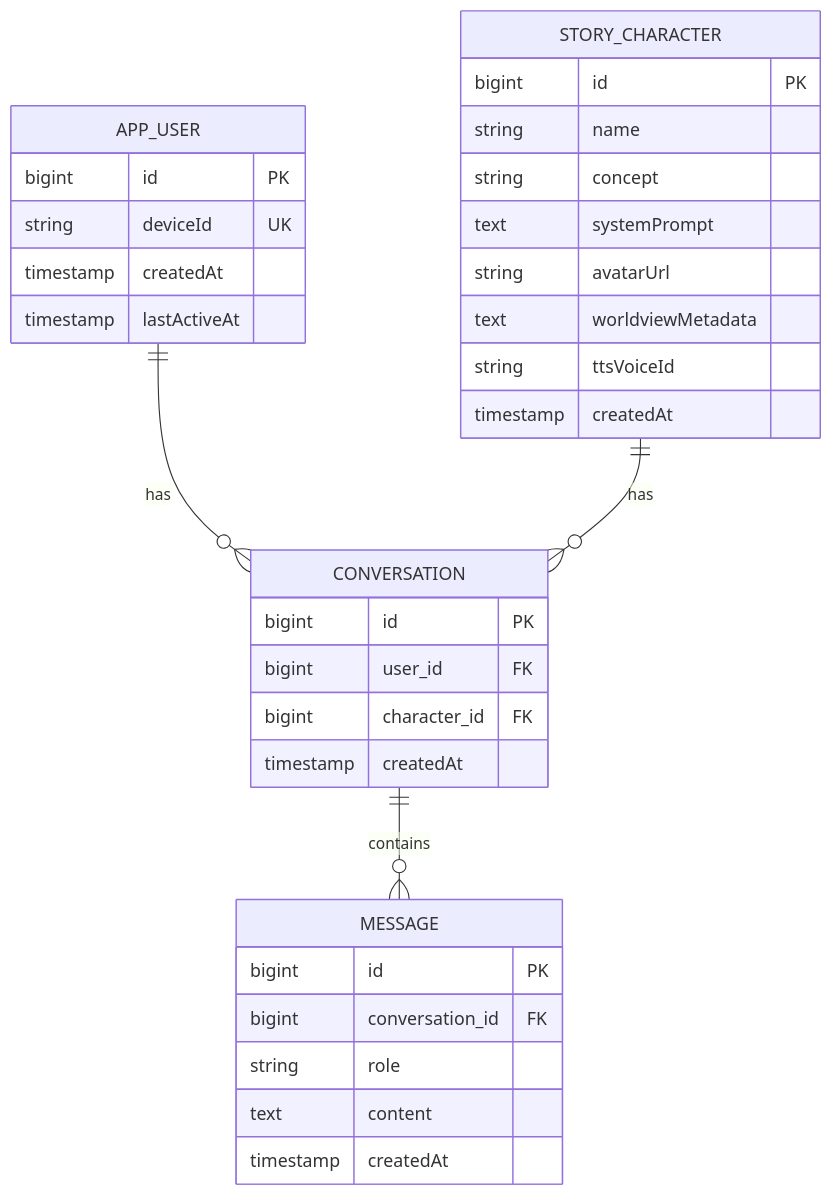
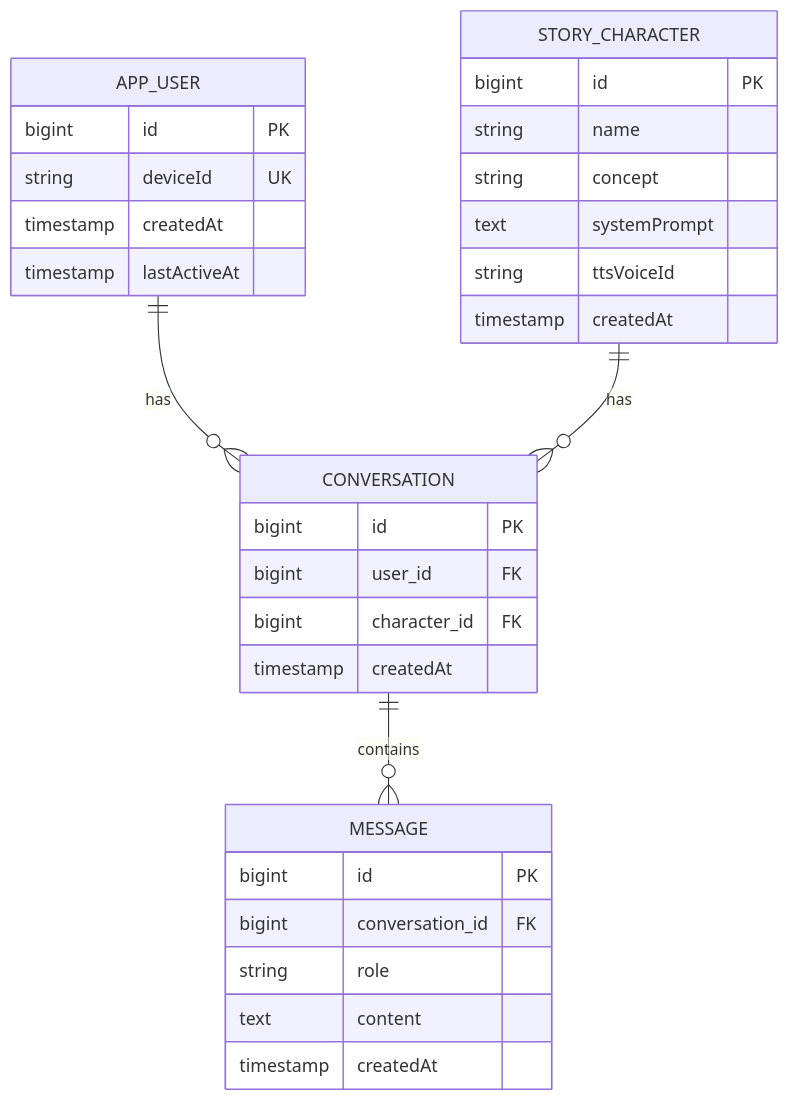
Before and after one commit to UiHyungZo/storia-story-chat: the diagram in docs/erd/README.md, drawn with Mermaid. The commit also changed 13 other files, not shown here.

````diff
--- a/docs/erd/README.md
+++ b/docs/erd/README.md
@@ -5,39 +5,37 @@
 ```mermaid
 erDiagram
     APP_USER ||--o{ CONVERSATION : has
     STORY_CHARACTER ||--o{ CONVERSATION : has
     CONVERSATION ||--o{ MESSAGE : contains
 
     APP_USER {
         bigint id PK
         string deviceId UK
         timestamp createdAt
         timestamp lastActiveAt
     }
 
     STORY_CHARACTER {
         bigint id PK
         string name
         string concept
         text systemPrompt
-        string avatarUrl
-        text worldviewMetadata
         string ttsVoiceId
         timestamp createdAt
     }
 
     CONVERSATION {
         bigint id PK
         bigint user_id FK
         bigint character_id FK
         timestamp createdAt
     }
 
     MESSAGE {
         bigint id PK
         bigint conversation_id FK
         string role
         text content
         timestamp createdAt
     }
 ```
````
